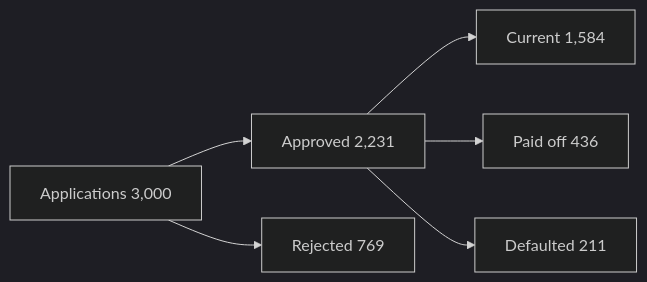
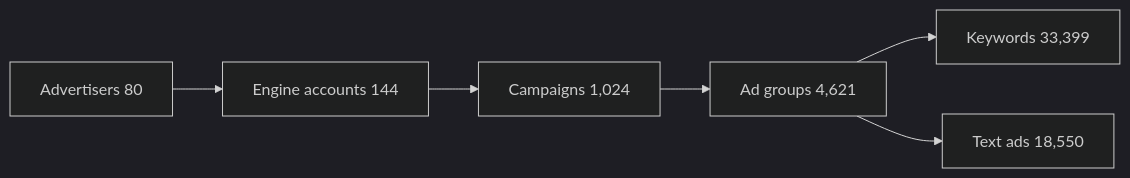
The diagram in data/system-prompt.md (evelindsayyy/lumina_reach_analytics_agent-project), drawn with Mermaid (dark theme) before and after one commit. The commit also changed other lines of this file and 4 other files, not shown here.

````diff
--- a/data/system-prompt.md
+++ b/data/system-prompt.md
@@ -507,8 +434,8 @@
 ```mermaid
 flowchart LR
-    A[Applications 3,000] --> B[Approved 2,231]
-    A --> C[Rejected 769]
-    B --> D[Current 1,584]
-    B --> E[Paid off 436]
-    B --> F[Defaulted 211]
+    A[Advertisers 80] --> B[Engine accounts 144]
+    B --> C[Campaigns 1,024]
+    C --> D[Ad groups 4,621]
+    D --> E[Keywords 33,399]
+    D --> F[Text ads 18,550]
 ```
````
